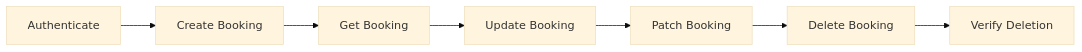
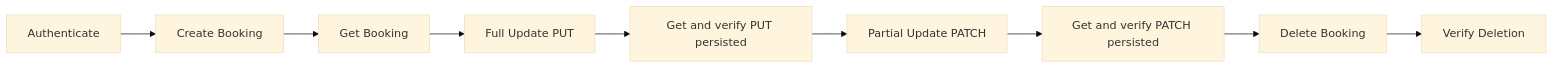
One commit to alaa157/Production-Grade-REST-API-Testing-Framework changed the second of 3 diagrams in docs/architecture.md. Above: the diagram before and after it, drawn with Mermaid (base theme). The commit also changed other lines of this file and 16 other files, not shown here.

````diff
--- a/docs/architecture.md
+++ b/docs/architecture.md
@@ -34,9 +34,11 @@
 ```mermaid
 flowchart LR
     A[Authenticate] --> B[Create Booking]
     B --> C[Get Booking]
-    C --> D[Update Booking]
-    D --> E[Patch Booking]
-    E --> F[Delete Booking]
-    F --> G[Verify Deletion]
+    C --> D[Full Update PUT]
+    D --> E[Get and verify PUT persisted]
+    E --> F[Partial Update PATCH]
+    F --> G[Get and verify PATCH persisted]
+    G --> H[Delete Booking]
+    H --> I[Verify Deletion]
 ```
````
